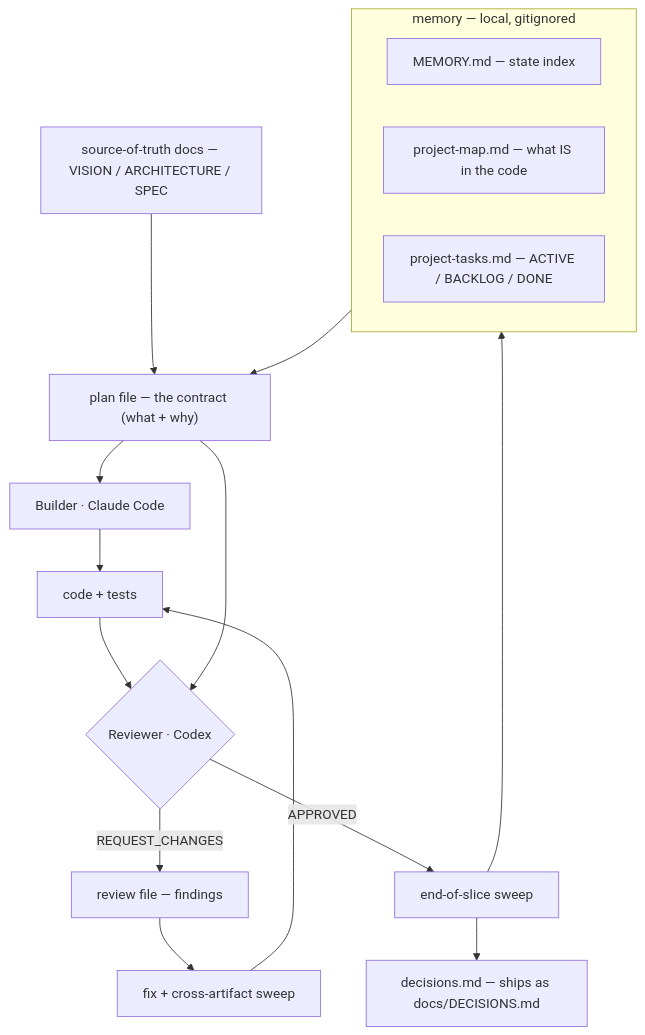
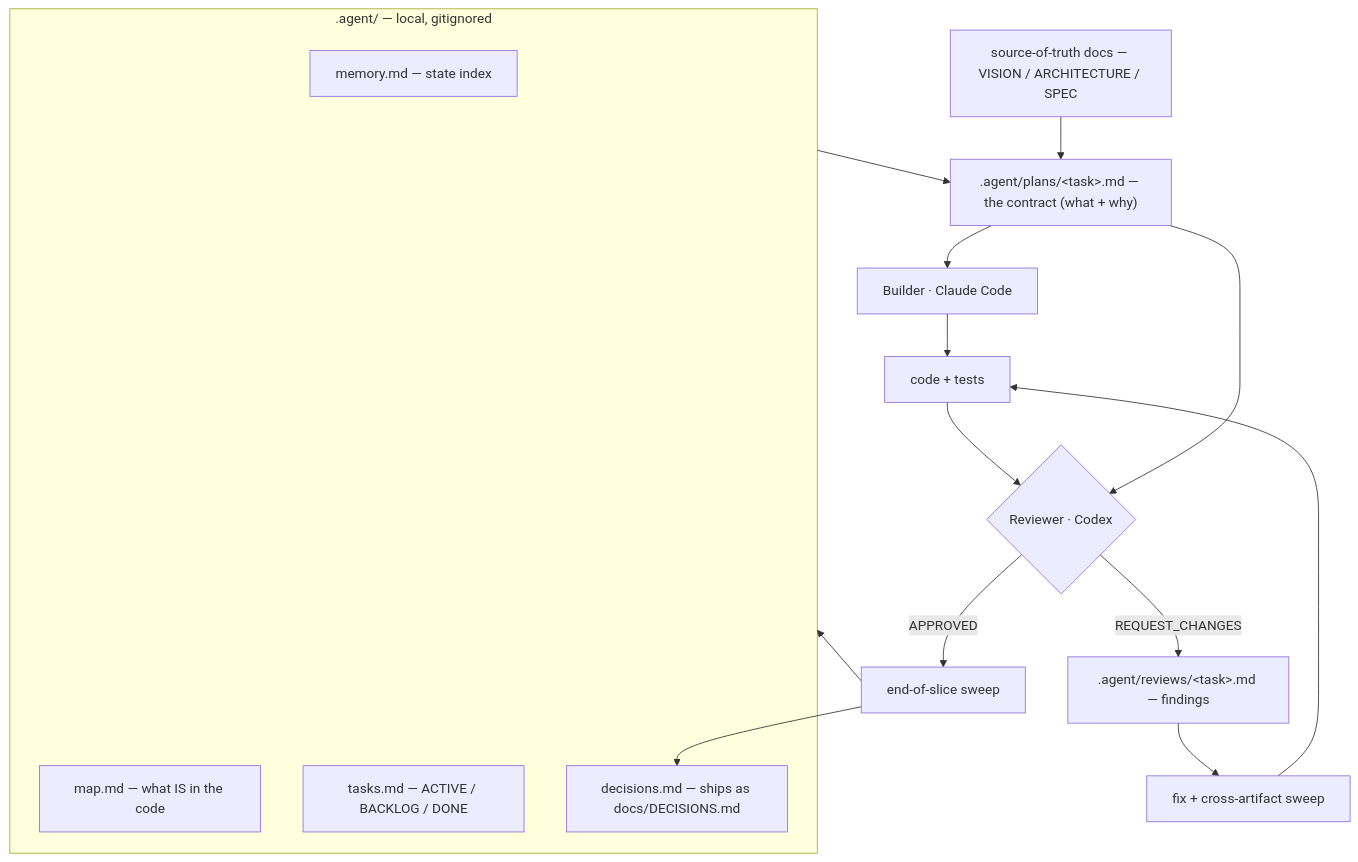
Before and after one commit to fermartz/agent-vault: the diagram in workflows/the-blueprint.md, drawn with Mermaid. The commit also changed other lines of this file and 8 other files, not shown here.

````diff
--- a/workflows/the-blueprint.md
+++ b/workflows/the-blueprint.md
@@ -57,23 +57,23 @@
 ```mermaid
 flowchart TD
-  subgraph mem["memory — local, gitignored"]
-    MEM["MEMORY.md — state index"]
-    MAP["project-map.md — what IS in the code"]
-    TASKS["project-tasks.md — ACTIVE / BACKLOG / DONE"]
+  subgraph mem[".agent/ — local, gitignored"]
+    MEM["memory.md — state index"]
+    MAP["map.md — what IS in the code"]
+    TASKS["tasks.md — ACTIVE / BACKLOG / DONE"]
+    DEC["decisions.md — ships as docs/DECISIONS.md"]
   end
   SOT["source-of-truth docs — VISION / ARCHITECTURE / SPEC"]
-  DEC["decisions.md — ships as docs/DECISIONS.md"]
 
-  mem --> PLAN["plan file — the contract (what + why)"]
+  mem --> PLAN[".agent/plans/&lt;task&gt;.md — the contract (what + why)"]
   SOT --> PLAN
   PLAN --> BUILD["Builder · Claude Code"]
   BUILD --> CODE["code + tests"]
   CODE --> REVIEW{"Reviewer · Codex"}
   PLAN --> REVIEW
-  REVIEW -->|REQUEST_CHANGES| RVW["review file — findings"]
+  REVIEW -->|REQUEST_CHANGES| RVW[".agent/reviews/&lt;task&gt;.md — findings"]
   RVW --> FIX["fix + cross-artifact sweep"]
   FIX --> CODE
   REVIEW -->|APPROVED| SWEEP["end-of-slice sweep"]
   SWEEP --> mem
   SWEEP --> DEC
 ```
````
